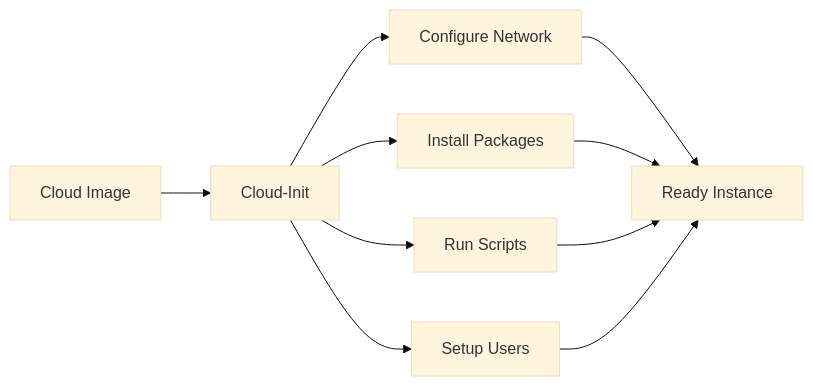
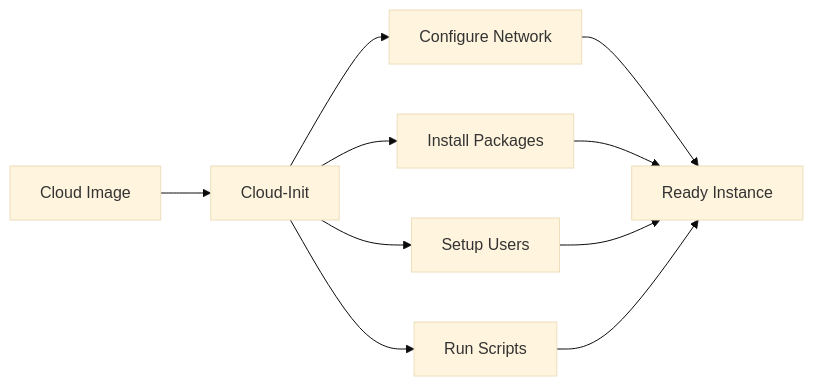
One commit to rbcmgs/cloud-init-library changed the first of 3 diagrams in README.md. Above: the diagram before and after it, drawn with Mermaid (base theme). The commit also changed other lines of this file, not shown here.

Commit message:
Refactor Mermaid diagrams in README.md for improved clarity and consistency

````diff
--- a/README.md
+++ b/README.md
@@ -15,9 +15,9 @@
 ```mermaid
 flowchart LR
-  A[Cloud Image] --> B[Cloud-Init]
-  B --> C[Configure Network]
-  B --> D[Install Packages]
-  B --> E[Setup Users]
-  B --> F[Run Scripts]
-  C & D & F & E --> G[Ready Instance]
+  CloudImage[Cloud Image] --> CloudInit[Cloud-Init]
+  CloudInit --> Network[Configure Network]
+  CloudInit --> Packages[Install Packages]
+  CloudInit --> Users[Setup Users]
+  CloudInit --> Scripts[Run Scripts]
+  Network & Packages & Users & Scripts --> ReadyInstance[Ready Instance]
 ```
````
